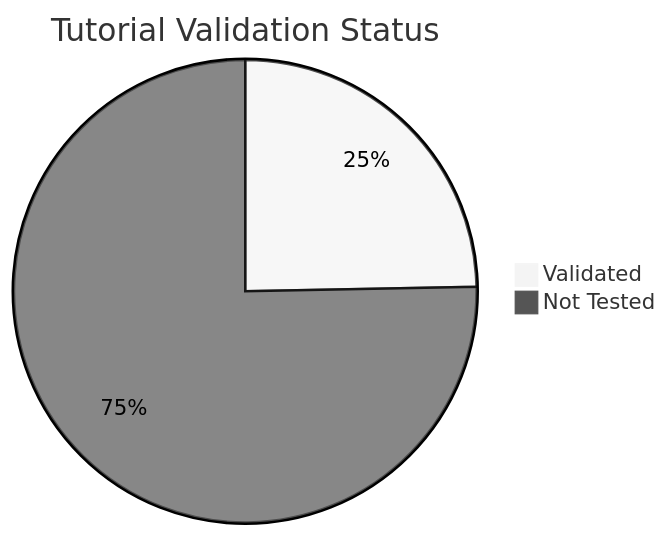
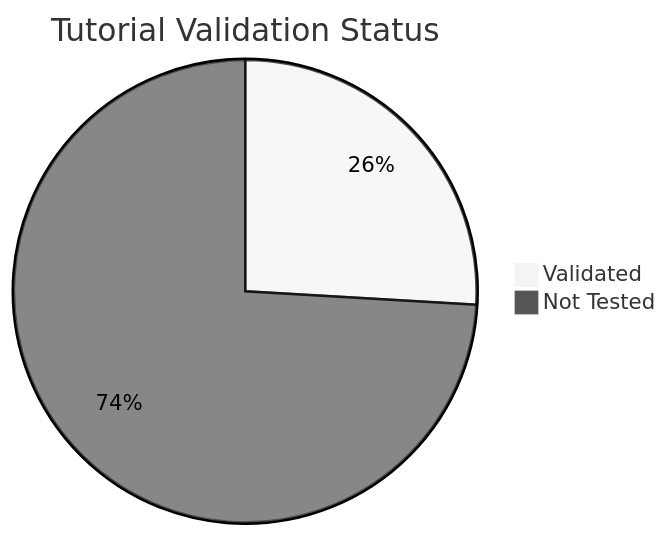
The diagram in docs/reference/validation-status.md (yeongseon/azure-container-apps-practical-guide), drawn with Mermaid (neutral theme) before and after one commit. The commit also changed other lines of this file and 1 other file, not shown here.

````diff
--- a/docs/reference/validation-status.md
+++ b/docs/reference/validation-status.md
@@ -35,5 +35,5 @@
 ```mermaid
 pie title Tutorial Validation Status
-    "Validated" : 20
-    "Not Tested" : 61
+    "Validated" : 21
+    "Not Tested" : 60
 ```
````
